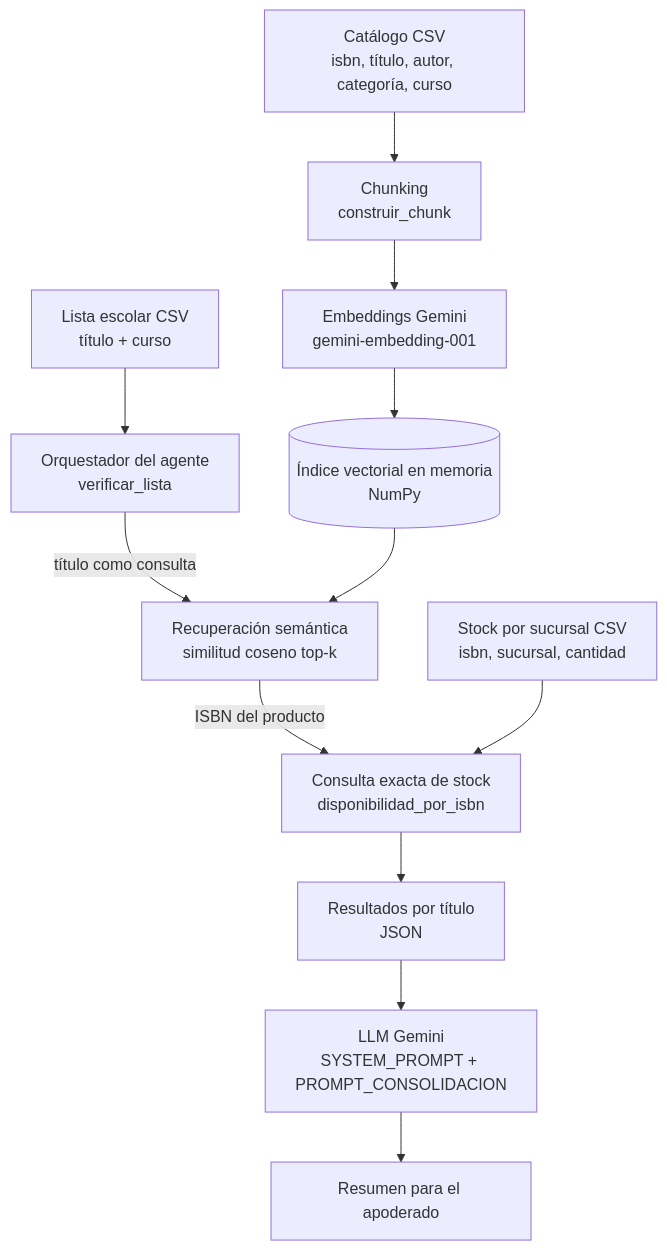
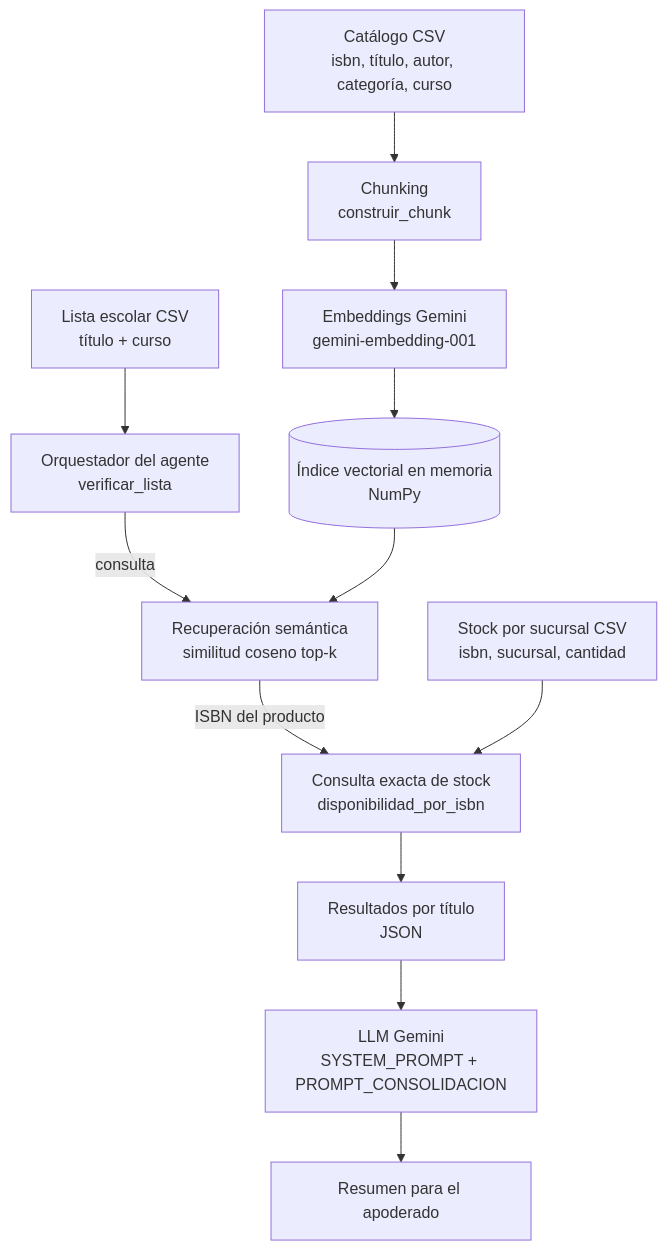
The diagram in README.md (TATI3567/ev1-Libreria-antartica), drawn with Mermaid before and after one commit.

````diff
--- a/README.md
+++ b/README.md
@@ -29,14 +29,14 @@
 ```mermaid
 flowchart TD
     A[Lista escolar CSV<br/>título + curso] --> B[Orquestador del agente<br/>verificar_lista]
     C[Catálogo CSV<br/>isbn, título, autor, categoría, curso] --> D[Chunking<br/>construir_chunk]
     D --> E[Embeddings Gemini<br/>gemini-embedding-001]
     E --> F[(Índice vectorial en memoria<br/>NumPy)]
-    B -->|título como consulta| G[Recuperación semántica<br/>similitud coseno top-k]
+    B -->|consulta| G[Recuperación semántica<br/>similitud coseno top-k]
     F --> G
     G -->|ISBN del producto| H[Consulta exacta de stock<br/>disponibilidad_por_isbn]
     I[Stock por sucursal CSV<br/>isbn, sucursal, cantidad] --> H
     H --> J[Resultados por título<br/>JSON]
     J --> K[LLM Gemini<br/>SYSTEM_PROMPT + PROMPT_CONSOLIDACION]
     K --> L[Resumen para el apoderado]
 ```
````
